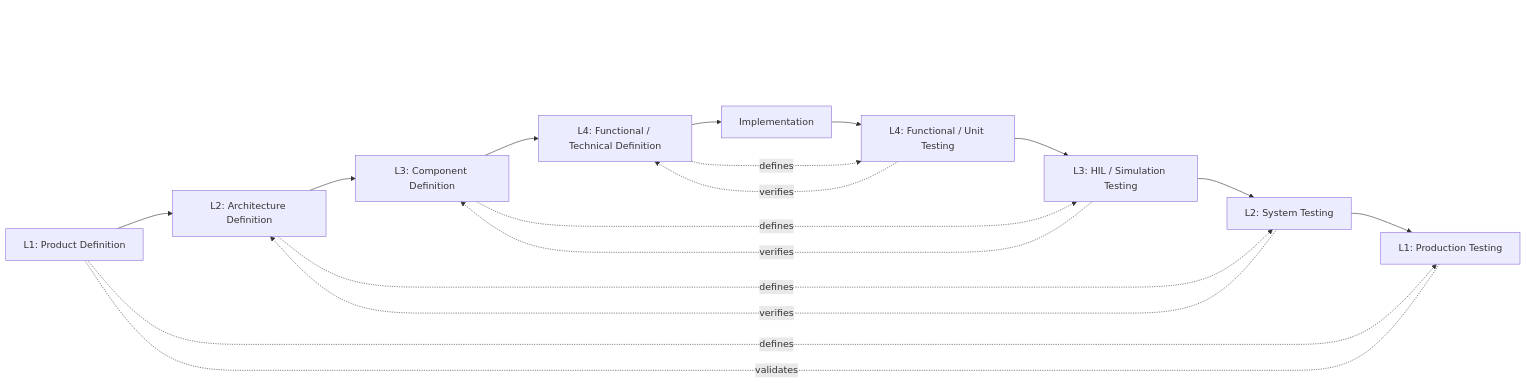
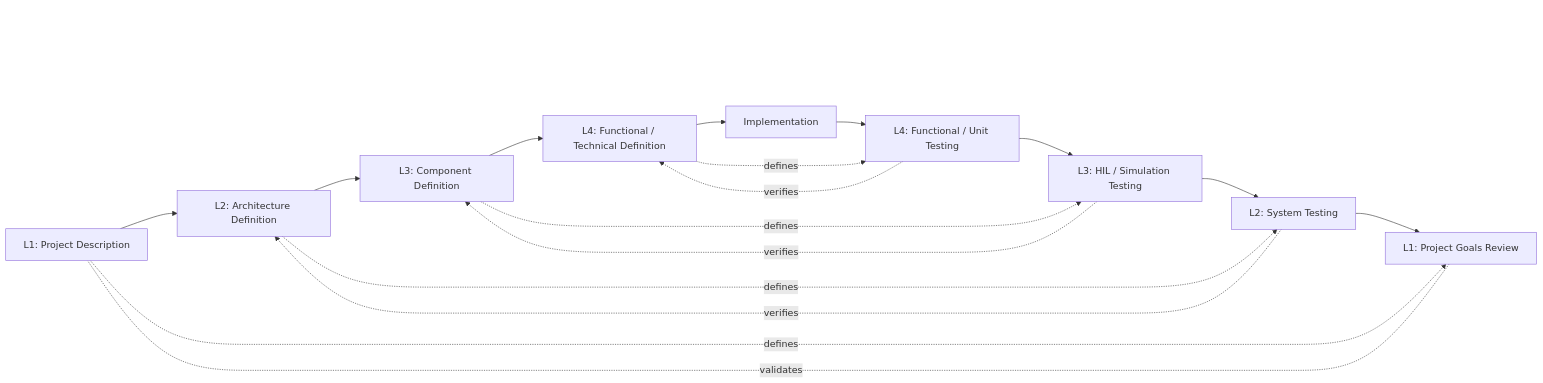
One commit to RandyF/lightweight-development-process changed the first of 2 diagrams in v_model_process/V-Cycle for Lightweight Development.md. Above: the diagram before and after it, drawn with Mermaid. The commit also changed other lines of this file and 1 other file, not shown here.

````diff
--- a/v_model_process/V-Cycle for Lightweight Development.md
+++ b/v_model_process/V-Cycle for Lightweight Development.md
@@ -26,52 +16,52 @@
 ```mermaid
 flowchart LR
 
 %%subgraph product
-	PD["L1: Product Definition"]
-	PT["L1: Production Testing"]
+	PD["L1: Project Description"]
+	PT["L1: Project Goals Review"]
 %%end
 
 %%subgraph architecture
 	AD["L2: Architecture Definition"]
 	ST["L2: System Testing"]
 %%end
 
 %%subgraph component
 	CD["L3: Component Definition"]
 	HIL["L3: HIL / Simulation Testing"]
 %%end
 
 %%subgraph Function
 	FD["L4: Functional / Technical Definition"]
 	UT["L4: Functional / Unit Testing"]
 %%end
 
 IMP["Implementation"]
 
 PD ~~~ PT
 AD ~~~ ST
 CD ~~~ HIL
 FD ~~~ UT
 
 PD --> AD
 AD --> CD
 CD --> FD
 FD --> IMP
 IMP --> UT
 UT --> HIL
 HIL --> ST
 ST --> PT
 
 PT -. "validates" .- PD
 ST -. "verifies" .-> AD
 HIL -. "verifies" .-> CD
 UT -. "verifies" .-> FD
 
 PD -. "defines" .-> PT
 AD -. "defines" .-> ST
 CD -. "defines" .-> HIL
 FD -. "defines" .-> UT
 
 	
 	
 ```
````
